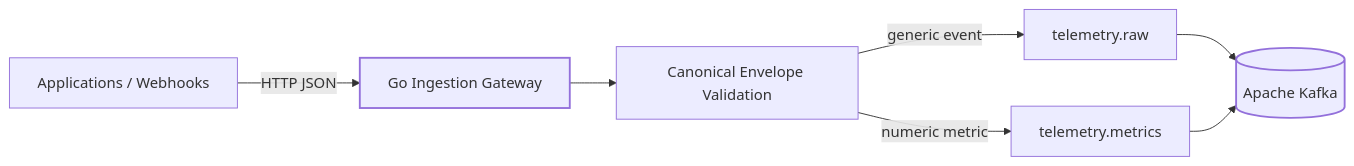
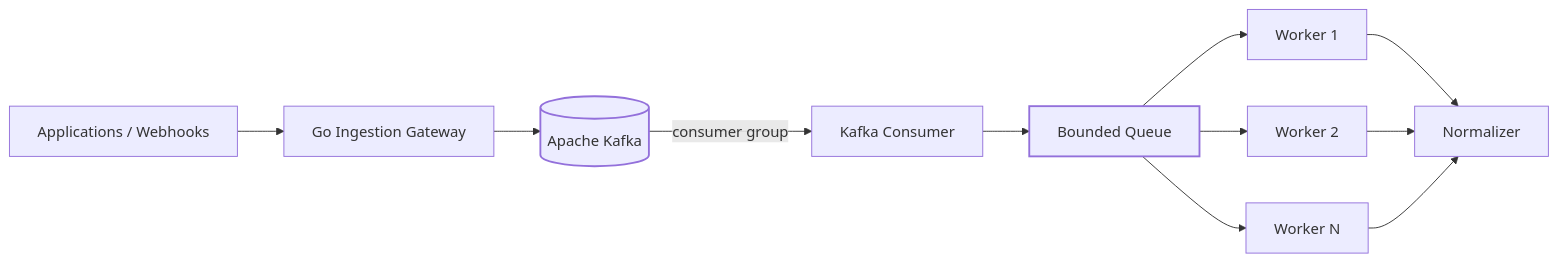
One commit to fuhrdan/TelemetryForge changed the diagram in README.md. Above: the diagram before and after it, drawn with Mermaid. The commit also changed other lines of this file and 20 other files, not shown here.

Commit message:
feat: add bounded Kafka worker processing

````diff
--- a/README.md
+++ b/README.md
@@ -23,12 +31,16 @@
 ```mermaid
 flowchart LR
-    A[Applications / Webhooks] -->|HTTP JSON| G[Go Ingestion Gateway]
-    G --> V[Canonical Envelope Validation]
-    V -->|generic event| R[telemetry.raw]
-    V -->|numeric metric| M[telemetry.metrics]
-    R --> K[(Apache Kafka)]
-    M --> K
+    A[Applications / Webhooks] --> G[Go Ingestion Gateway]
+    G --> K[(Apache Kafka)]
+    K -->|consumer group| C[Kafka Consumer]
+    C --> Q[Bounded Queue]
+    Q --> W1[Worker 1]
+    Q --> W2[Worker 2]
+    Q --> WN[Worker N]
+    W1 --> P[Normalizer]
+    W2 --> P
+    WN --> P
 
-    style G stroke-width:2px
     style K stroke-width:2px
+    style Q stroke-width:2px
 ```
````
